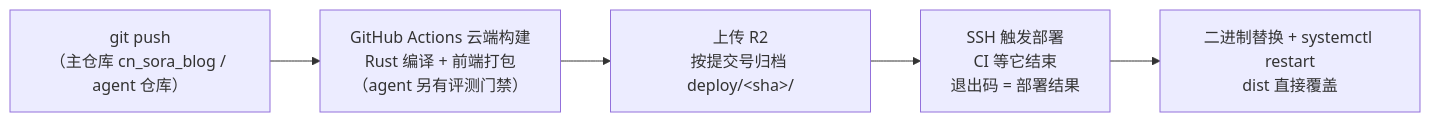
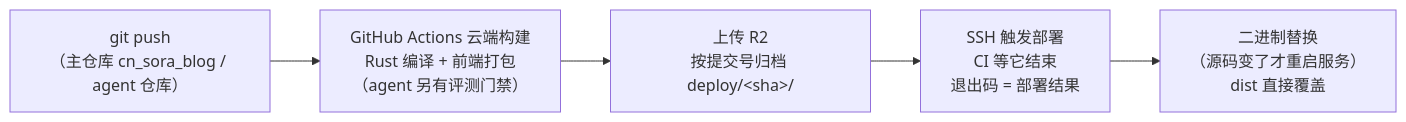
Before and after one commit to BigLeopardCat/Saudade-Blog: the third of 3 diagrams in README.md, drawn with Mermaid. The commit also changed other lines of this file and 5 other files, not shown here.

````diff
--- a/README.md
+++ b/README.md
@@ -111,10 +192,10 @@
 ```mermaid
 flowchart LR
     PUSH["git push<br/>（主仓库 cn_sora_blog / agent 仓库）"]
     CI["GitHub Actions 云端构建<br/>Rust 编译 + 前端打包<br/>（agent 另有评测门禁）"]
     R2["上传 R2<br/>按提交号归档 deploy/&lt;sha&gt;/"]
     TRIG["SSH 触发部署<br/>CI 等它结束<br/>退出码 = 部署结果"]
-    LIVE["二进制替换 + systemctl restart<br/>dist 直接覆盖"]
+    LIVE["二进制替换<br/>（源码变了才重启服务）<br/>dist 直接覆盖"]
 
     PUSH --> CI --> R2 --> TRIG --> LIVE
 ```
````
